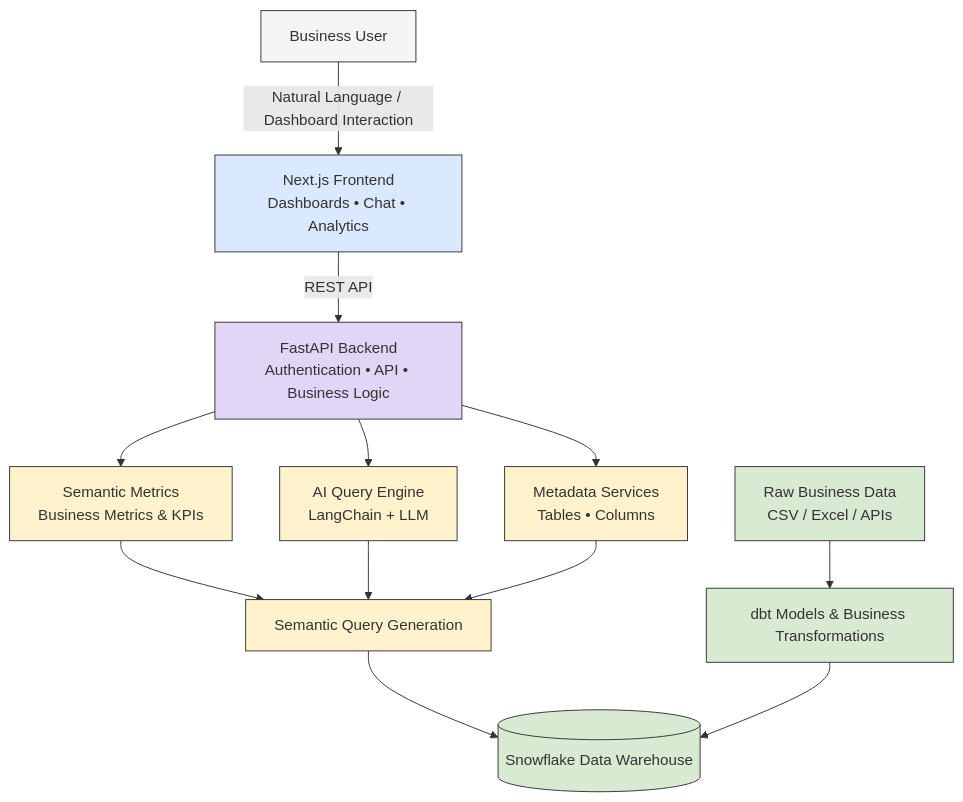
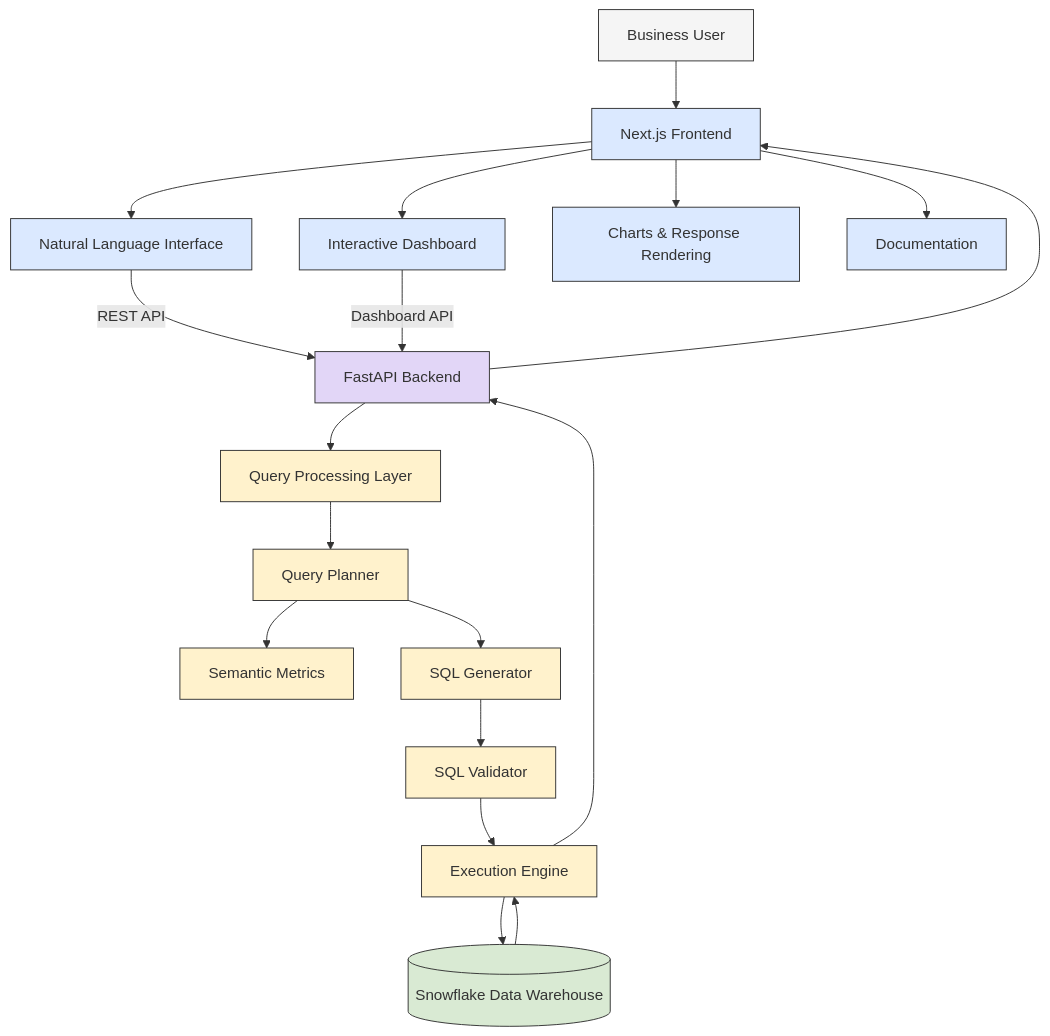
The diagram in README.md (hSujal-1/MetricMind), drawn with Mermaid before and after one commit. The commit also changed other lines of this file, not shown here.

````diff
--- a/README.md
+++ b/README.md
@@ -92,37 +65,59 @@
 ```mermaid
 flowchart TD
+
     A[Business User]
-    B[Next.js Frontend<br/>Dashboards • Chat • Analytics]
-    C[FastAPI Backend<br/>Authentication • API • Business Logic]
-    D[Semantic Metrics<br/>Business Metrics & KPIs]
-    E[AI Query Engine<br/>LangChain + LLM]
-    F[Metadata Services<br/>Tables • Columns]
-    G[Semantic Query Generation]
-    H[(Snowflake Data Warehouse)]
-    I[dbt Models & Business Transformations]
-    J[Raw Business Data<br/>CSV / Excel / APIs]
 
-    A -->|Natural Language / Dashboard Interaction| B
-    B -->|REST API| C
+    B[Next.js Frontend]
+    B1[Natural Language Interface]
+    B2[Interactive Dashboard]
+    B3[Charts & Response Rendering]
+    B4[Documentation]
+
+    C[FastAPI Backend]
+
+    D[Query Processing Layer]
+    D1[Query Planner]
+    D2[Semantic Metrics]
+    D3[SQL Generator]
+    D4[SQL Validator]
+
+    E[Execution Engine]
+
+    F[(Snowflake Data Warehouse)]
+
+    A --> B
+
+    B --> B1
+    B --> B2
+    B --> B3
+    B --> B4
+
+    B1 -->|REST API| C
+    B2 -->|Dashboard API| C
+
     C --> D
-    C --> E
-    C --> F
-    D --> G
-    E --> G
-    F --> G
-    G --> H
-    J --> I
-    I --> H
+
+    D --> D1
+    D1 --> D2
+    D1 --> D3
+    D3 --> D4
+
+    D4 --> E
+    E --> F
+
+    F --> E
+    E --> C
+    C --> B
 
     classDef user fill:#f5f5f5,stroke:#333,stroke-width:1px;
     classDef frontend fill:#dbe9ff,stroke:#333,stroke-width:1px;
     classDef backend fill:#e2d6f7,stroke:#333,stroke-width:1px;
     classDef core fill:#fff2cc,stroke:#333,stroke-width:1px;
     classDef data fill:#d9ead3,stroke:#333,stroke-width:1px;
 
     class A user;
-    class B frontend;
+    class B,B1,B2,B3,B4 frontend;
     class C backend;
-    class D,E,F,G core;
-    class H,I,J data;
+    class D,D1,D2,D3,D4,E core;
+    class F data;
 ```
````
